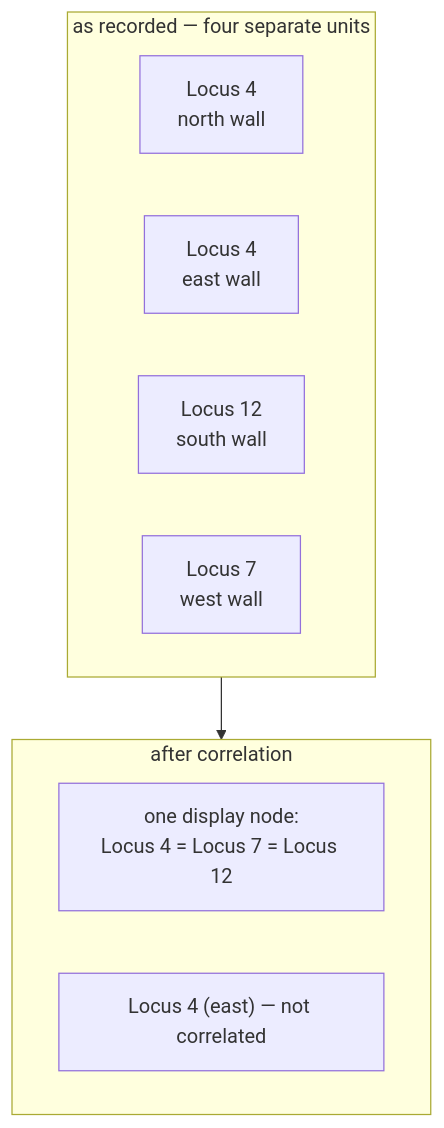
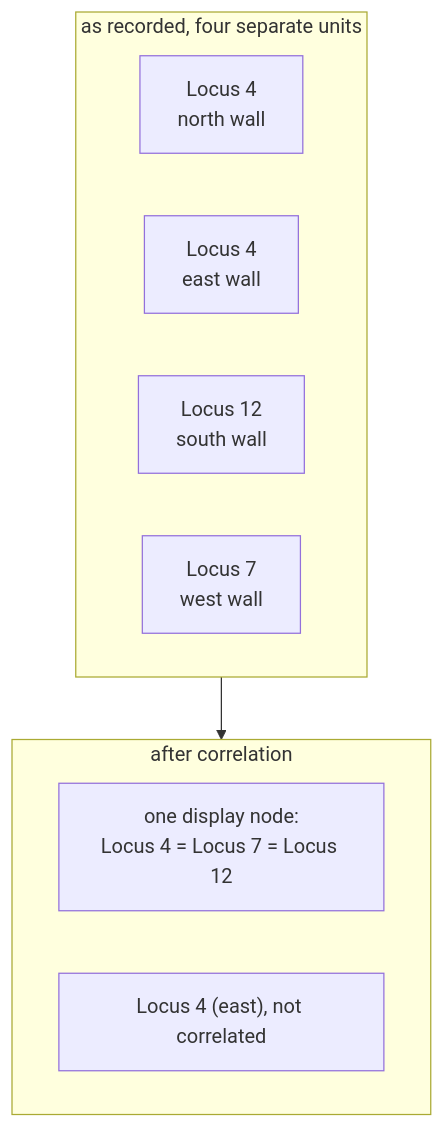
Before and after one commit to jennarbates/StratigraphyGenerator: the diagram in docs/archaeology/correlation.md, drawn with Mermaid. The commit also changed other lines of this file and 309 other files, not shown here.

````diff
--- a/docs/archaeology/correlation.md
+++ b/docs/archaeology/correlation.md
@@ -36,14 +36,14 @@
 ```mermaid
 flowchart TB
-  subgraph before["as recorded — four separate units"]
+  subgraph before["as recorded, four separate units"]
     N["Locus 4<br/>north wall"]
     E["Locus 4<br/>east wall"]
     S["Locus 12<br/>south wall"]
     W["Locus 7<br/>west wall"]
   end
   subgraph after["after correlation"]
     C["one display node:<br/>Locus 4 = Locus 7 = Locus 12"]
-    W2["Locus 4 (east) — not correlated"]
+    W2["Locus 4 (east), not correlated"]
   end
   before --> after
 ```
````
